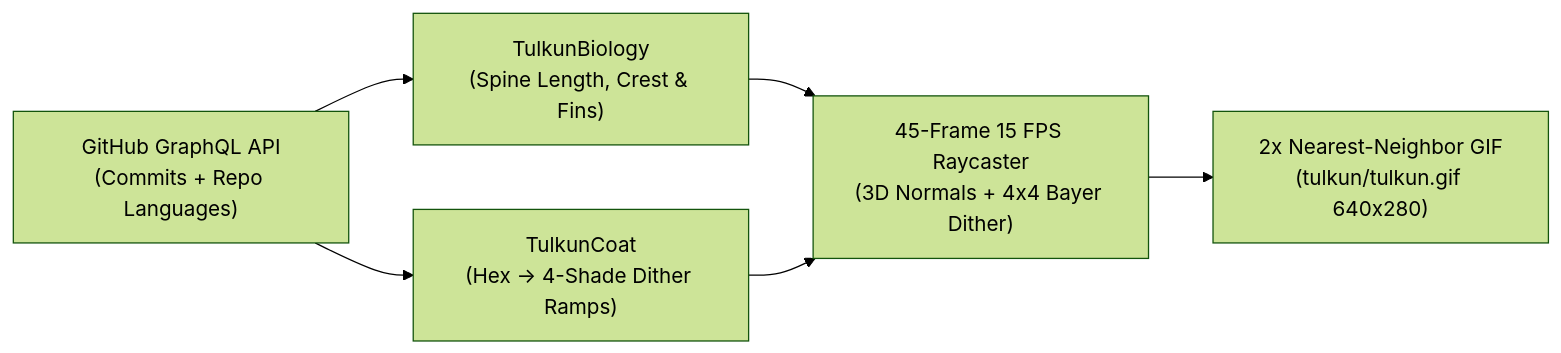
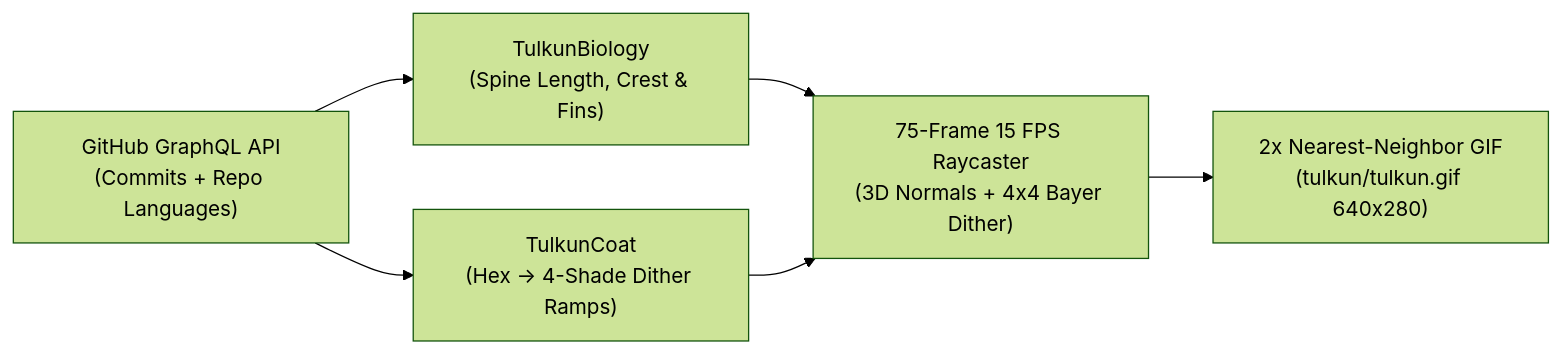
Before and after one commit to PramudithaN/git-tulkun: the diagram in README.md, drawn with Mermaid (forest theme). The commit also changed other lines of this file and 20 other files, not shown here.

````diff
--- a/README.md
+++ b/README.md
@@ -45,8 +45,8 @@
 ```mermaid
 flowchart LR
     A["GitHub GraphQL API\n(Commits + Repo Languages)"] --> B["TulkunBiology\n(Spine Length, Crest & Fins)"]
     A --> C["TulkunCoat\n(Hex -> 4-Shade Dither Ramps)"]
-    B --> D["45-Frame 15 FPS Raycaster\n(3D Normals + 4x4 Bayer Dither)"]
+    B --> D["75-Frame 15 FPS Raycaster\n(3D Normals + 4x4 Bayer Dither)"]
     C --> D
     D --> E["2x Nearest-Neighbor GIF\n(tulkun/tulkun.gif 640x280)"]
 ```
````
